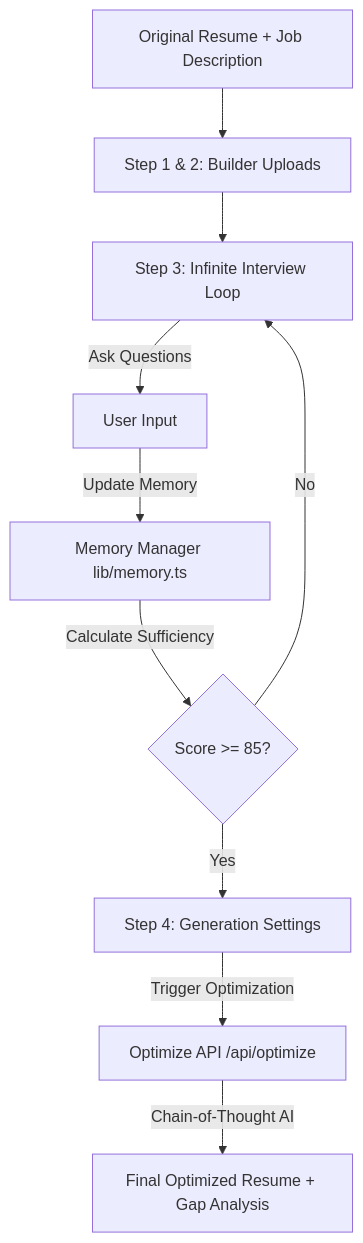
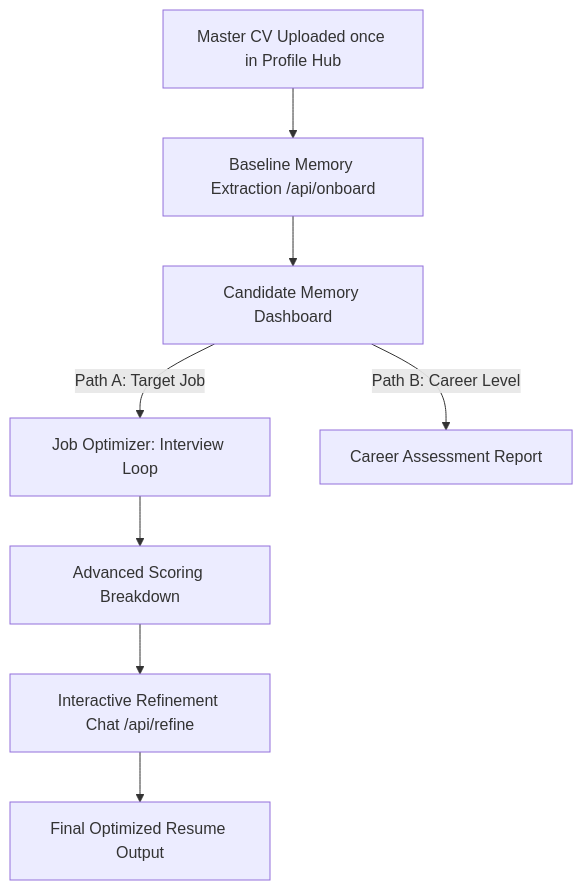
One commit to HassaanInspires/CareerForge changed the diagram in README.md. Above: the diagram before and after it, drawn with Mermaid. The commit also changed other lines of this file and 11 other files, not shown here.

````diff
--- a/README.md
+++ b/README.md
@@ -79,12 +66,10 @@
 ```mermaid
 graph TD
-  A[Original Resume + Job Description] --> B[Step 1 & 2: Builder Uploads]
-  B --> C[Step 3: Infinite Interview Loop]
-  C -->|Ask Questions| D[User Input]
-  D -->|Update Memory| E[Memory Manager lib/memory.ts]
-  E -->|Calculate Sufficiency| F{Score >= 85?}
-  F -->|No| C
-  F -->|Yes| G[Step 4: Generation Settings]
-  G -->|Trigger Optimization| H[Optimize API /api/optimize]
-  H -->|Chain-of-Thought AI| I[Final Optimized Resume + Gap Analysis]
+  A[Master CV Uploaded once in Profile Hub] --> B[Baseline Memory Extraction /api/onboard]
+  B --> C[Candidate Memory Dashboard]
+  C -->|Path A: Target Job| D[Job Optimizer: Interview Loop]
+  C -->|Path B: Career Level| E[Career Assessment Report]
+  D --> F[Advanced Scoring Breakdown]
+  F --> G[Interactive Refinement Chat /api/refine]
+  G --> H[Final Optimized Resume Output]
 ```
````
